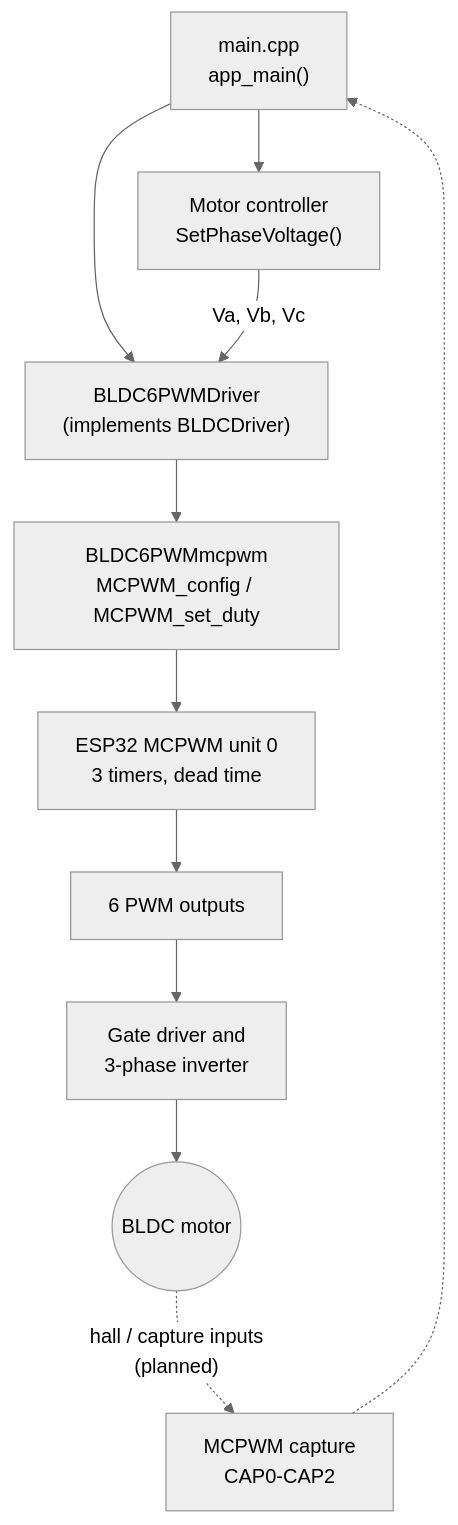
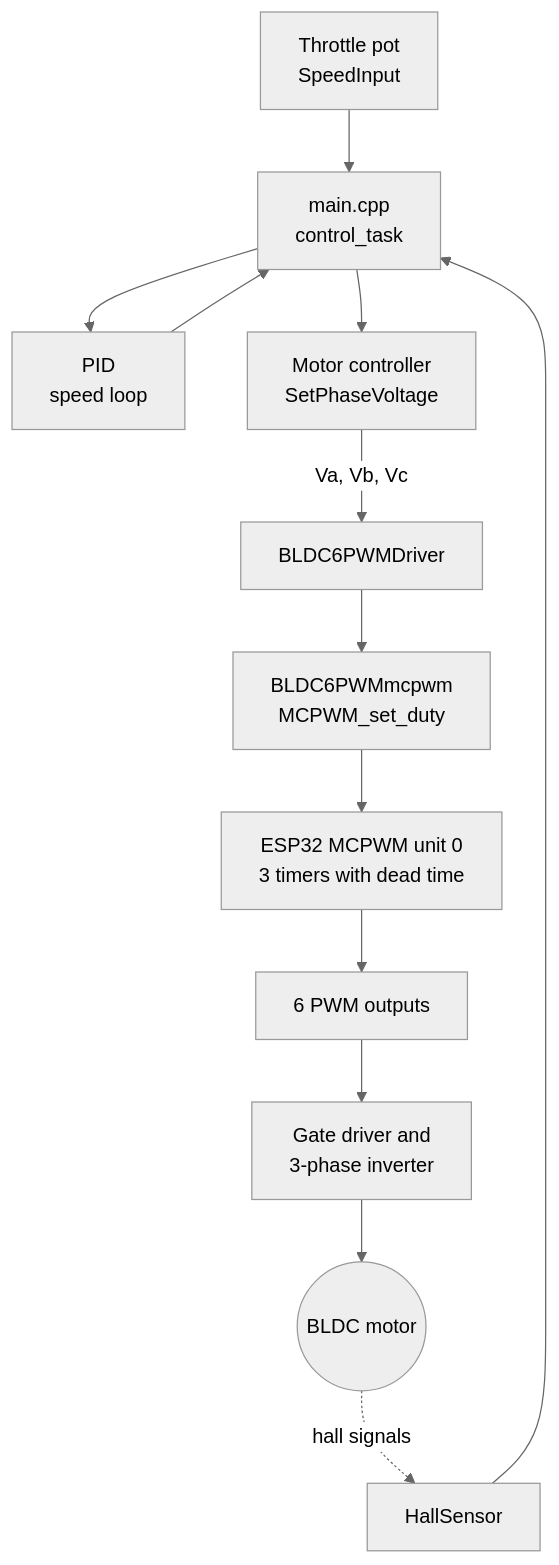
One commit to Electrium-Mobility/ESC-S25 changed the first of 3 diagrams in README.md. Above: the diagram before and after it, drawn with Mermaid (neutral theme). The commit also changed other lines of this file, not shown here.

Commit message:
Fix README diagrams that weren't rendering

````diff
--- a/README.md
+++ b/README.md
@@ -21,13 +21,15 @@
 ```mermaid
 flowchart TD
-    A["main.cpp<br/>app_main()"] --> B["BLDC6PWMDriver<br/>(implements BLDCDriver)"]
-    A --> C["Motor controller<br/>SetPhaseVoltage()"]
-    C -- "Va, Vb, Vc" --> B
-    B --> D["BLDC6PWMmcpwm<br/>MCPWM_config / MCPWM_set_duty"]
-    D --> E["ESP32 MCPWM unit 0<br/>3 timers, dead time"]
+    T["Throttle pot<br/>SpeedInput"] --> M["main.cpp<br/>control_task"]
+    HS["HallSensor"] --> M
+    M --> P["PID<br/>speed loop"]
+    P --> M
+    M --> C["Motor controller<br/>SetPhaseVoltage"]
+    C -- "Va, Vb, Vc" --> B["BLDC6PWMDriver"]
+    B --> D["BLDC6PWMmcpwm<br/>MCPWM_set_duty"]
+    D --> E["ESP32 MCPWM unit 0<br/>3 timers with dead time"]
     E --> F["6 PWM outputs"]
     F --> G["Gate driver and<br/>3-phase inverter"]
     G --> H(("BLDC motor"))
-    H -. "hall / capture inputs<br/>(planned)" .-> I["MCPWM capture<br/>CAP0-CAP2"]
-    I -.-> A
+    H -. "hall signals" .-> HS
 ```
````
